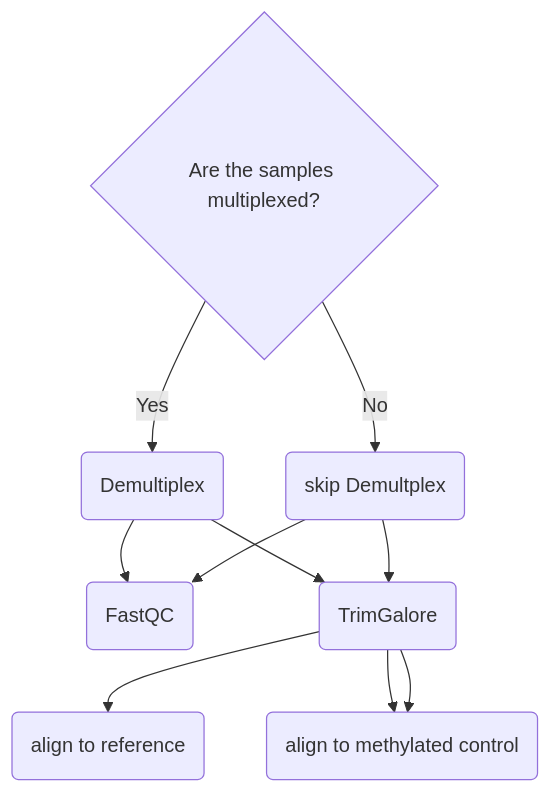
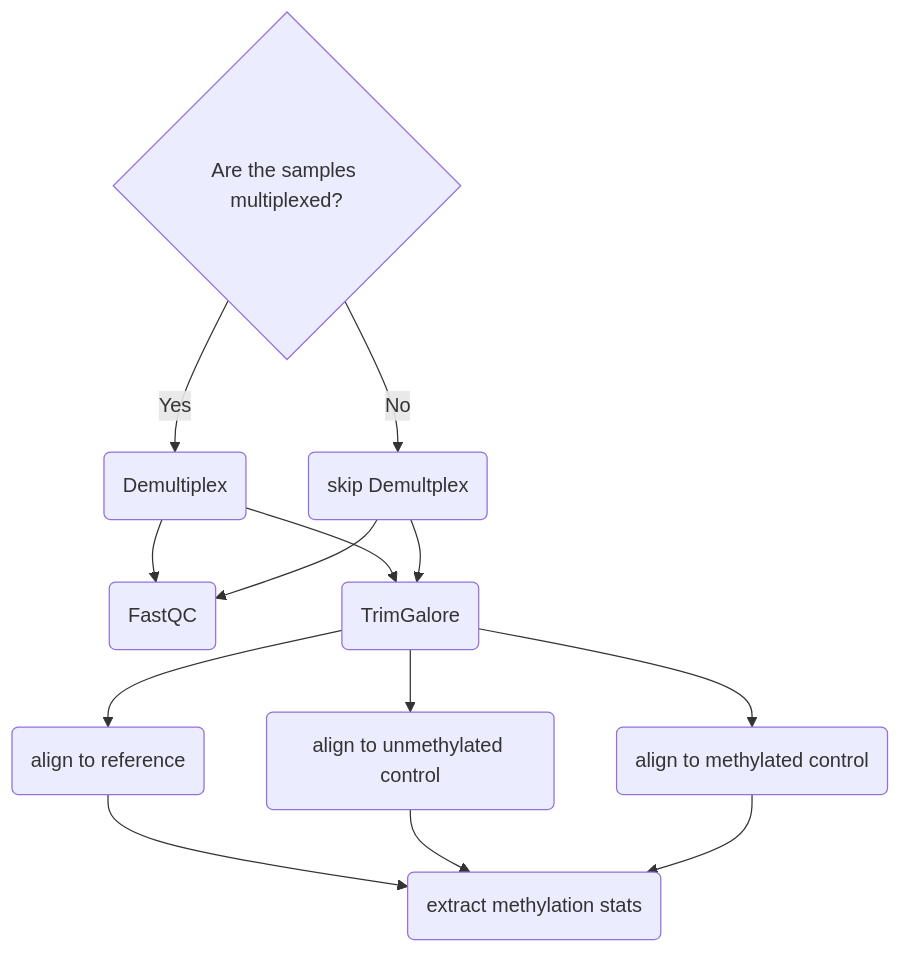
Before and after one commit to chelauk/nf-core-demultiplex-methylation: the diagram in docs/usage.md, drawn with Mermaid.

````diff
--- a/docs/usage.md
+++ b/docs/usage.md
@@ -7,13 +7,16 @@
 ```mermaid
 flowchart TD
 step1{Are the samples multiplexed?}
 step1 -->|Yes| step1a(Demultiplex)
 step1 -->|No| step1b(skip Demultplex)
 step1a --> step2(FastQC)
 step1b --> step2(FastQC)
 step1a --> step3(TrimGalore)
 step1b --> step3(TrimGalore)
 step3 --> step4(align to reference)
 step3 --> step5(align to unmethylated control)
-step3 --> step5(align to methylated control)
+step3 --> step6(align to methylated control)
+step4 --> step7(extract methylation stats)
+step5 --> step7(extract methylation stats)
+step6 --> step7(extract methylation stats)
 ```
````
